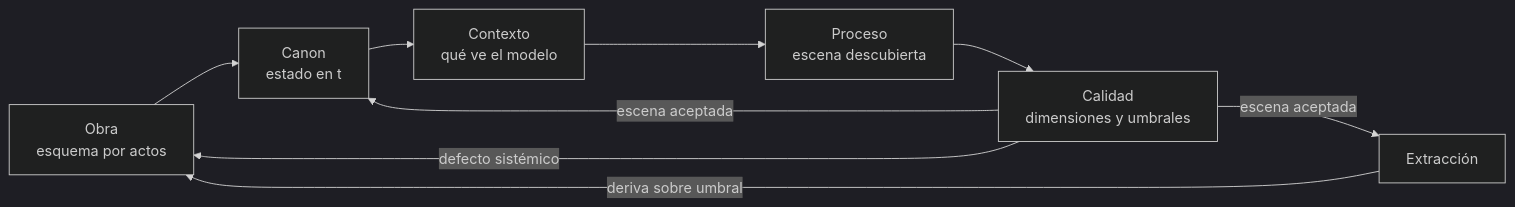
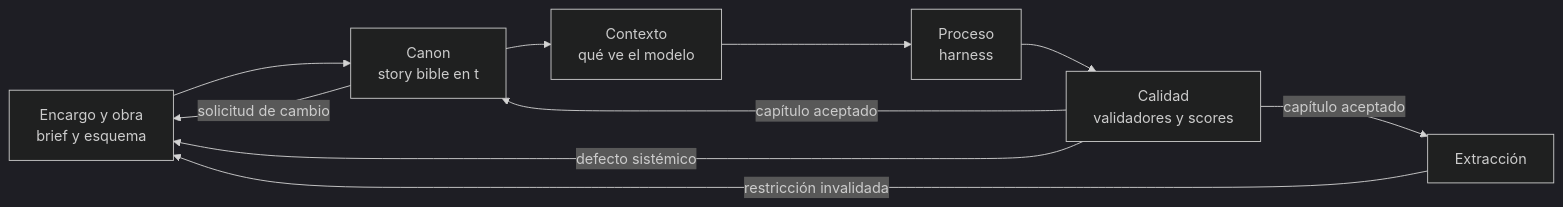
The first of 21 diagrams in docs/domain-knowledge.md (BrunoCrz3/MyStory), drawn with Mermaid (dark theme) before and after one commit. The commit also changed other lines of this file and 5 other files, not shown here.

````diff
--- a/docs/domain-knowledge.md
+++ b/docs/domain-knowledge.md
@@ -11,11 +11,12 @@
 ```mermaid
 flowchart LR
-  OBRA[Obra<br/>esquema por actos] --> CANON[Canon<br/>estado en t]
+  ENC[Encargo y obra<br/>brief y esquema] --> CANON[Canon<br/>story bible en t]
   CANON --> CTX[Contexto<br/>qué ve el modelo]
-  CTX --> PRC[Proceso<br/>escena descubierta]
-  PRC --> CAL[Calidad<br/>dimensiones y umbrales]
-  CAL -->|escena aceptada| CANON
-  CAL -->|escena aceptada| EXT[Extracción]
-  CAL -->|defecto sistémico| OBRA
-  EXT -->|deriva sobre umbral| OBRA
+  CTX --> PRC[Proceso<br/>harness]
+  PRC --> CAL[Calidad<br/>validadores y scores]
+  CAL -->|capítulo aceptado| CANON
+  CAL -->|capítulo aceptado| EXT[Extracción]
+  CAL -->|defecto sistémico| ENC
+  EXT -->|restricción invalidada| ENC
+  CANON -->|solicitud de cambio| ENC
 ```
````
